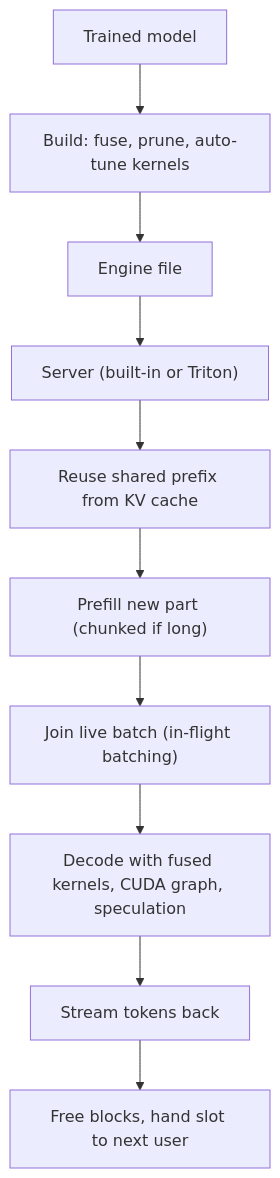
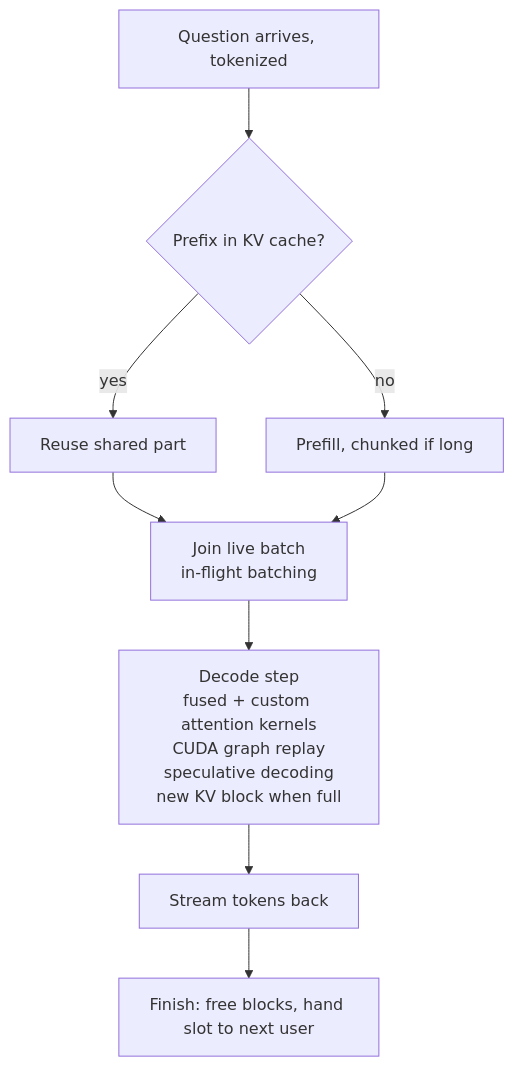
Before and after one commit to kaisarnajar/outcome-school-blogs: the second of 3 diagrams in notes/step-12-llm-inference-engineering/164-how-does-tensorrt-llm-work.md, drawn with Mermaid. The commit also changed other lines of this file and 233 other files, not shown here.

````diff
--- a/notes/step-12-llm-inference-engineering/164-how-does-tensorrt-llm-work.md
+++ b/notes/step-12-llm-inference-engineering/164-how-does-tensorrt-llm-work.md
@@ -43,12 +102,11 @@
 ```mermaid
 flowchart TD
-    A["Trained model"] --> B["Build: fuse, prune, auto-tune kernels"]
-    B --> C["Engine file"]
-    C --> D["Server (built-in or Triton)"]
-    D --> E["Reuse shared prefix from KV cache"]
-    E --> F["Prefill new part (chunked if long)"]
-    F --> G["Join live batch (in-flight batching)"]
-    G --> H["Decode with fused kernels, CUDA graph, speculation"]
-    H --> I["Stream tokens back"]
-    I --> J["Free blocks, hand slot to next user"]
+    Q["Question arrives, tokenized"] --> C1{"Prefix in KV cache?"}
+    C1 -->|"yes"| C2["Reuse shared part"]
+    C1 -->|"no"| C3["Prefill, chunked if long"]
+    C2 --> C4["Join live batch<br/>in-flight batching"]
+    C3 --> C4
+    C4 --> C5["Decode step<br/>fused + custom attention kernels<br/>CUDA graph replay<br/>speculative decoding<br/>new KV block when full"]
+    C5 --> C6["Stream tokens back"]
+    C6 --> C7["Finish: free blocks, hand slot to next user"]
 ```
````
